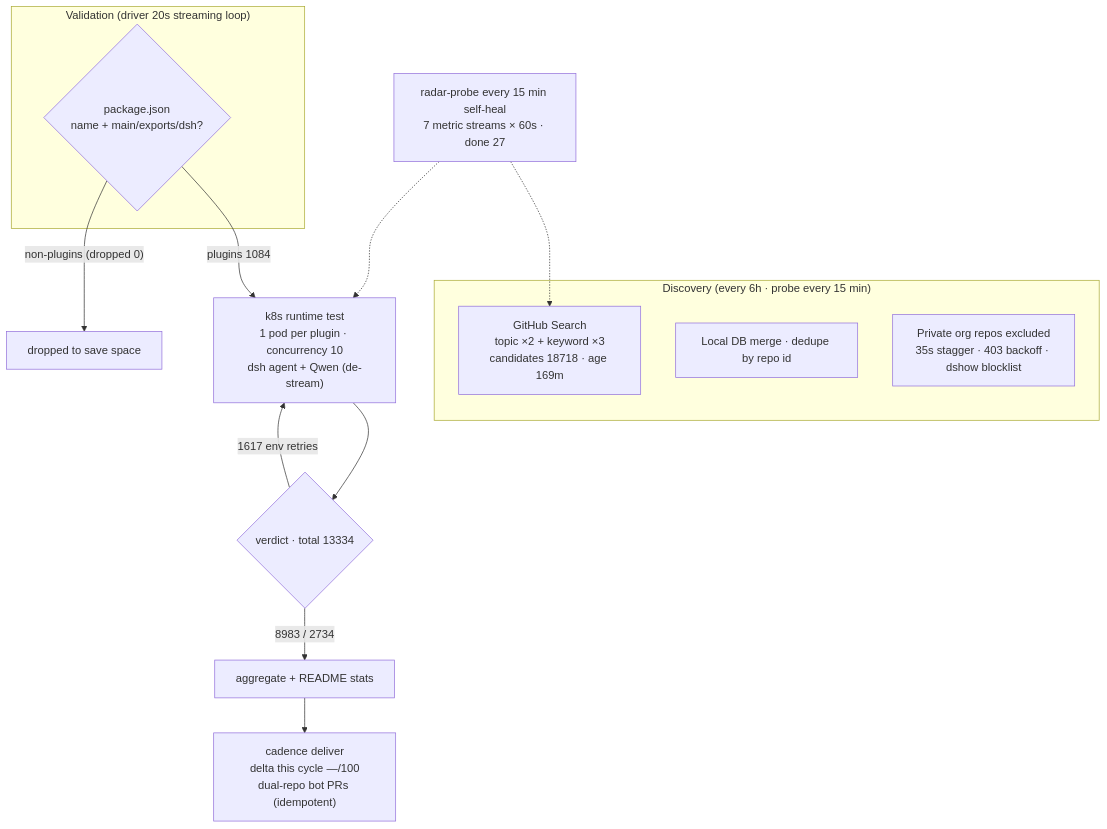
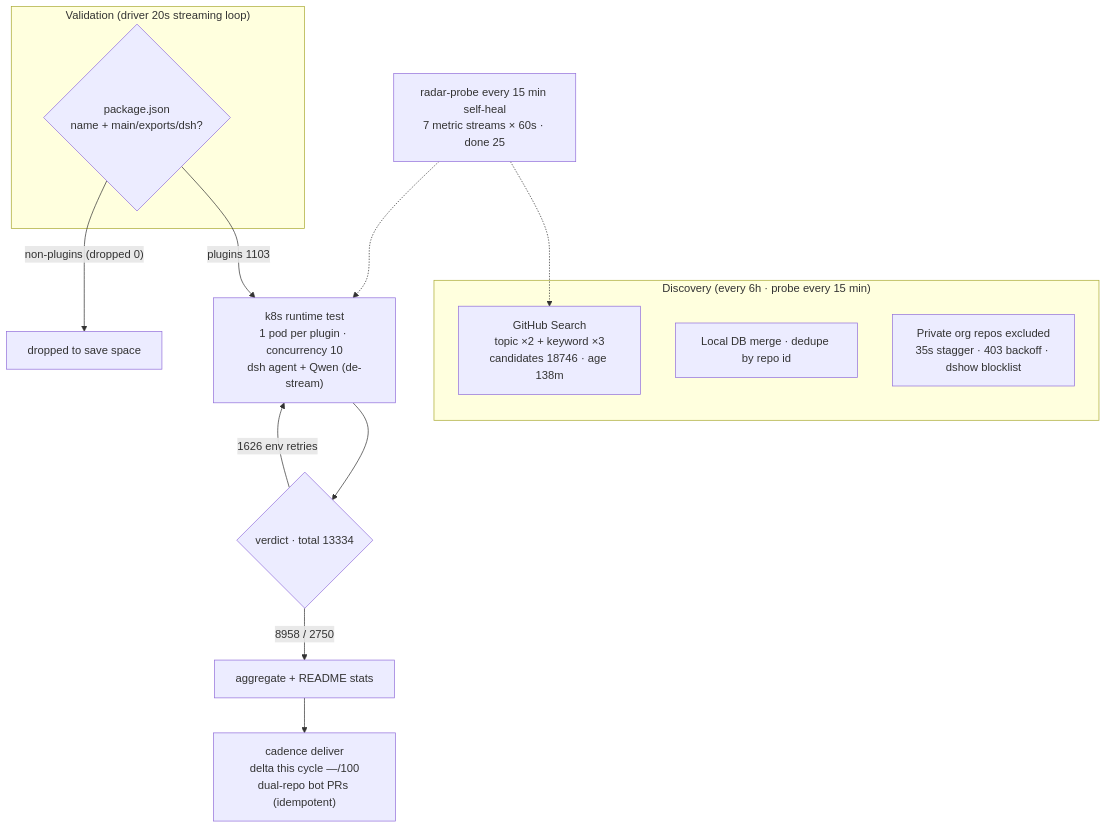
One commit to Zhidao-Lab-OSS/awesome-dsh-plugins changed the diagram in README.en-US.md. Above: the diagram before and after it, drawn with Mermaid. The commit also changed other lines of this file and 1 other file, not shown here.

````diff
--- a/README.en-US.md
+++ b/README.en-US.md
@@ -45,20 +45,20 @@
 ```mermaid
 flowchart TB
     subgraph Discovery["Discovery (every 6h · probe every 15 min)"]
-        A1["GitHub Search<br/>topic ×2 + keyword ×3<br/>candidates 18718 · age 169m"]
+        A1["GitHub Search<br/>topic ×2 + keyword ×3<br/>candidates 18746 · age 138m"]
         A2["Local DB merge · dedupe by repo id"]
         A3["Private org repos excluded<br/>35s stagger · 403 backoff · dshow blocklist"]
     end
     subgraph Validation["Validation (driver 20s streaming loop)"]
         B1{"package.json<br/>name + main/exports/dsh?"}
     end
-    B1 -->|"plugins 1084"| C1["k8s runtime test<br/>1 pod per plugin · concurrency 10<br/>dsh agent + Qwen (de-stream)"]
+    B1 -->|"plugins 1103"| C1["k8s runtime test<br/>1 pod per plugin · concurrency 10<br/>dsh agent + Qwen (de-stream)"]
     B1 -->|"non-plugins (dropped 0)"| B3["dropped to save space"]
     C1 --> D1{"verdict · total 13334"}
-    D1 -->|"8983 / 2734"| E1["aggregate + README stats"]
-    D1 -->|"1617 env retries"| C1
+    D1 -->|"8958 / 2750"| E1["aggregate + README stats"]
+    D1 -->|"1626 env retries"| C1
     E1 --> E2["cadence deliver<br/>delta this cycle —/100<br/>dual-repo bot PRs (idempotent)"]
-    M["radar-probe every 15 min self-heal<br/>7 metric streams × 60s · done 27"]
+    M["radar-probe every 15 min self-heal<br/>7 metric streams × 60s · done 25"]
     M -.-> A1
     M -.-> C1
 ```
````
